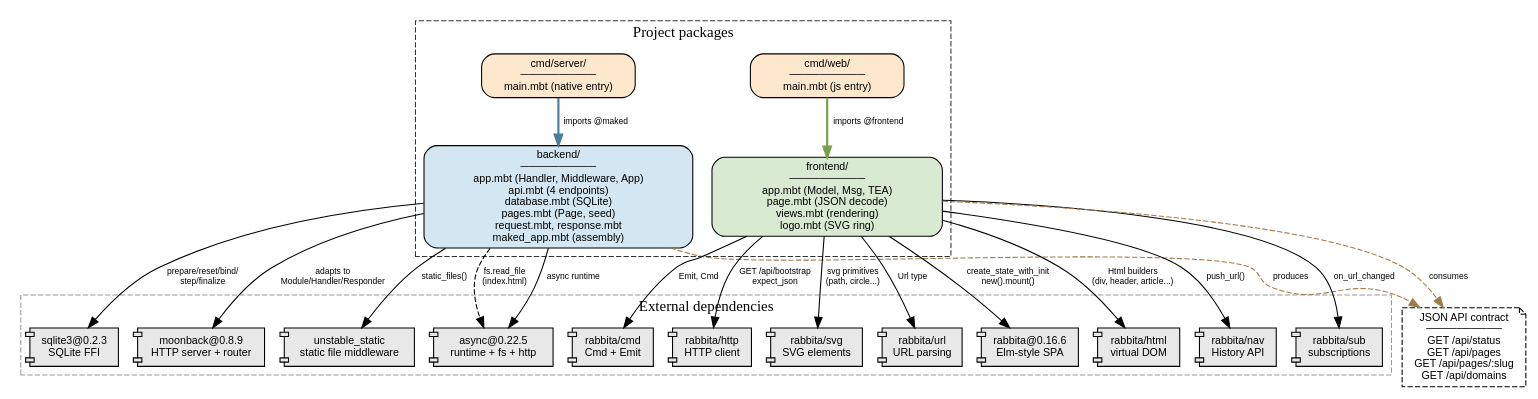
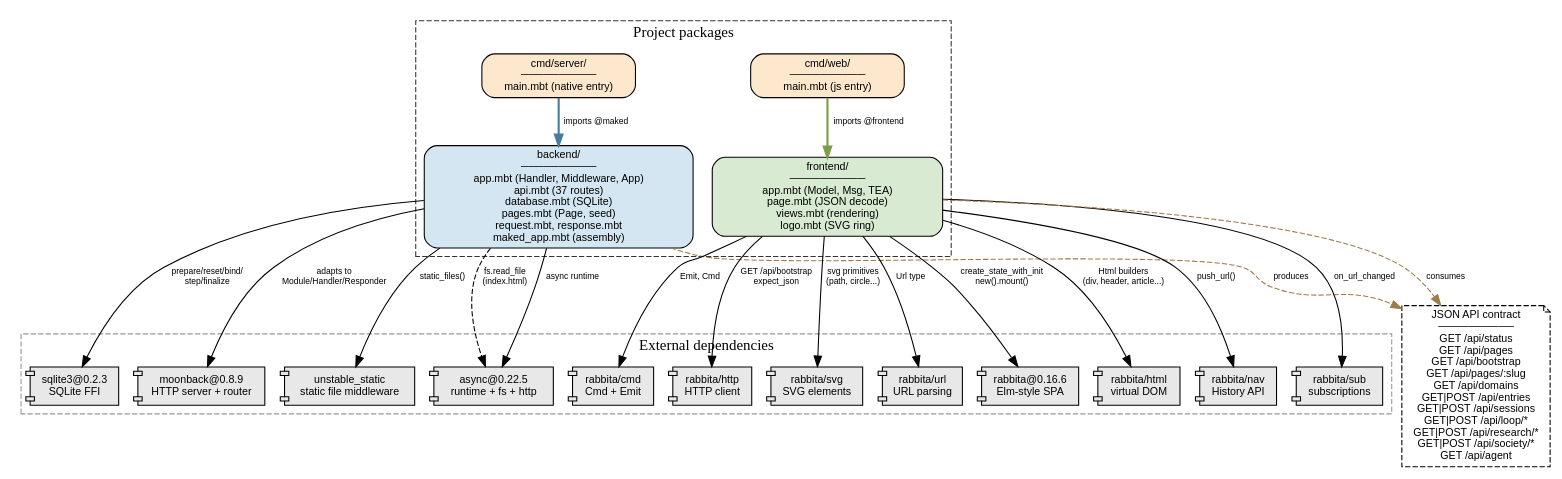
Before and after one commit to riantr/MAKED: the diagram in architecture/dependencies.dot, drawn with Graphviz. The commit also changed 16 other files, not shown here.

```diff
--- a/architecture/dependencies.dot
+++ b/architecture/dependencies.dot
@@ -1,95 +1,95 @@
 // MAKED Dependency Graph &mdash; Graphviz DOT
 // Skill: dependency-impact-analyzer + graphviz
 //
 // Shows package-level dependencies with change-impact annotations.
 // Node size reflects blast radius (larger = more downstream impact).
 // Render: dot -Tsvg dependencies.dot -o dependencies.svg
 
 digraph maked_dependencies {
   rankdir=TB
   node [shape=box, style="rounded,filled", fontname="Helvetica", fontsize=10]
   edge [fontname="Helvetica", fontsize=8]
 
   // --- Internal packages (sized by blast radius) ---
   subgraph cluster_project {
     label="Project packages"
     style=dashed
     color="#333333"
 
     backend [
-      label="backend/\n──────────\napp.mbt (Handler, Middleware, App)\napi.mbt (4 endpoints)\ndatabase.mbt (SQLite)\npages.mbt (Page, seed)\nrequest.mbt, response.mbt\nmaked_app.mbt (assembly)",
+      label="backend/\n──────────\napp.mbt (Handler, Middleware, App)\napi.mbt (37 routes)\ndatabase.mbt (SQLite)\npages.mbt (Page, seed)\nrequest.mbt, response.mbt\nmaked_app.mbt (assembly)",
       fillcolor="#d4e6f1"
       width=3.5
     ]
 
     frontend [
       label="frontend/\n──────────\napp.mbt (Model, Msg, TEA)\npage.mbt (JSON decode)\nviews.mbt (rendering)\nlogo.mbt (SVG ring)",
       fillcolor="#d9ead3"
       width=3
     ]
 
     cmd_server [
       label="cmd/server/\n──────────\nmain.mbt (native entry)",
       fillcolor="#fde8cd"
       width=2
     ]
 
     cmd_web [
       label="cmd/web/\n──────────\nmain.mbt (js entry)",
       fillcolor="#fde8cd"
       width=2
     ]
   }
 
   // --- External dependencies ---
   subgraph cluster_external {
     label="External dependencies"
     style=dashed
     color="#999999"
     node [shape=component, fillcolor="#e8e8e8"]
 
     moonback [label="moonback@0.8.9\nHTTP server + router"]
     moonback_static [label="unstable_static\nstatic file middleware"]
     sqlite3 [label="sqlite3@0.2.3\nSQLite FFI"]
     async [label="async@0.22.5\nruntime + fs + http"]
     rabbita [label="rabbita@0.16.6\nElm-style SPA"]
     rabbita_html [label="rabbita/html\nvirtual DOM"]
     rabbita_nav [label="rabbita/nav\nHistory API"]
     rabbita_sub [label="rabbita/sub\nsubscriptions"]
     rabbita_cmd [label="rabbita/cmd\nCmd + Emit"]
     rabbita_http [label="rabbita/http\nHTTP client"]
     rabbita_svg [label="rabbita/svg\nSVG elements"]
     rabbita_url [label="rabbita/url\nURL parsing"]
   }
 
   // --- JSON contract (the only backend↔frontend link) ---
   json_contract [
-    label="JSON API contract\n──────────\nGET /api/status\nGET /api/pages\nGET /api/pages/:slug\nGET /api/domains",
+    label="JSON API contract\n──────────\nGET /api/status\nGET /api/pages\nGET /api/bootstrap\nGET /api/pages/:slug\nGET /api/domains\nGET|POST /api/entries\nGET|POST /api/sessions\nGET|POST /api/loop/*\nGET|POST /api/research/*\nGET|POST /api/society/*\nGET /api/agent",
     shape=note
     fillcolor="#fce5cd"
     style=dashed
   ]
 
   // --- Internal edges ---
   cmd_server -> backend [label="imports @maked", penwidth=2, color="#4a7c9e"]
   cmd_web -> frontend [label="imports @frontend", penwidth=2, color="#7c9e4a"]
   backend -> json_contract [style=dashed, label="produces", color="#9e7c4a"]
   frontend -> json_contract [style=dashed, label="consumes", color="#9e7c4a"]
 
   // --- Backend external edges ---
   backend -> moonback [label="adapts to\nModule/Handler/Responder"]
   backend -> moonback_static [label="static_files()"]
   backend -> sqlite3 [label="prepare/reset/bind/\nstep/finalize"]
   backend -> async [label="async runtime"]
   backend -> async [label="fs.read_file\n(index.html)", style=dashed]
 
   // --- Frontend external edges ---
   frontend -> rabbita [label="create_state_with_init\nnew().mount()"]
   frontend -> rabbita_html [label="Html builders\n(div, header, article...)"]
   frontend -> rabbita_nav [label="push_url()"]
   frontend -> rabbita_sub [label="on_url_changed"]
   frontend -> rabbita_cmd [label="Emit, Cmd"]
   frontend -> rabbita_http [label="GET /api/bootstrap\nexpect_json"]
   frontend -> rabbita_svg [label="svg primitives\n(path, circle...)"]
   frontend -> rabbita_url [label="Url type"]
 }
```
